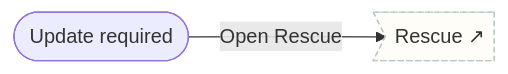
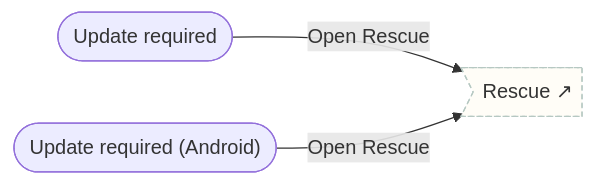
The diagram in tether_ui/flows/system.md (Tetherhealthgroup/Tether-Health), drawn with Mermaid before and after one commit. The commit also changed other lines of this file and 133 other files, not shown here.

````diff
--- a/tether_ui/flows/system.md
+++ b/tether_ui/flows/system.md
@@ -5,8 +5,10 @@
 ```mermaid
 flowchart LR
   sys_update(["Update required"])
+  sys_update_android(["Update required (Android)"])
   sys_update -->|"Open Rescue"| rescue_pick
+  sys_update_android -->|"Open Rescue"| rescue_pick
   rescue_pick>"Rescue ↗"]
   class rescue_pick ext
   classDef ext fill:#FFFDF7,stroke:#B6C8C2,stroke-dasharray: 4 3
 ```
````
